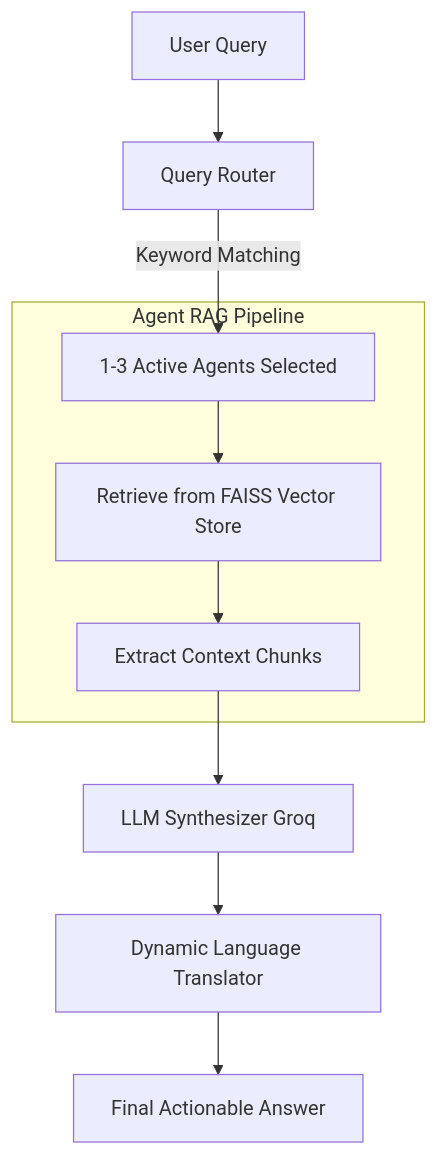
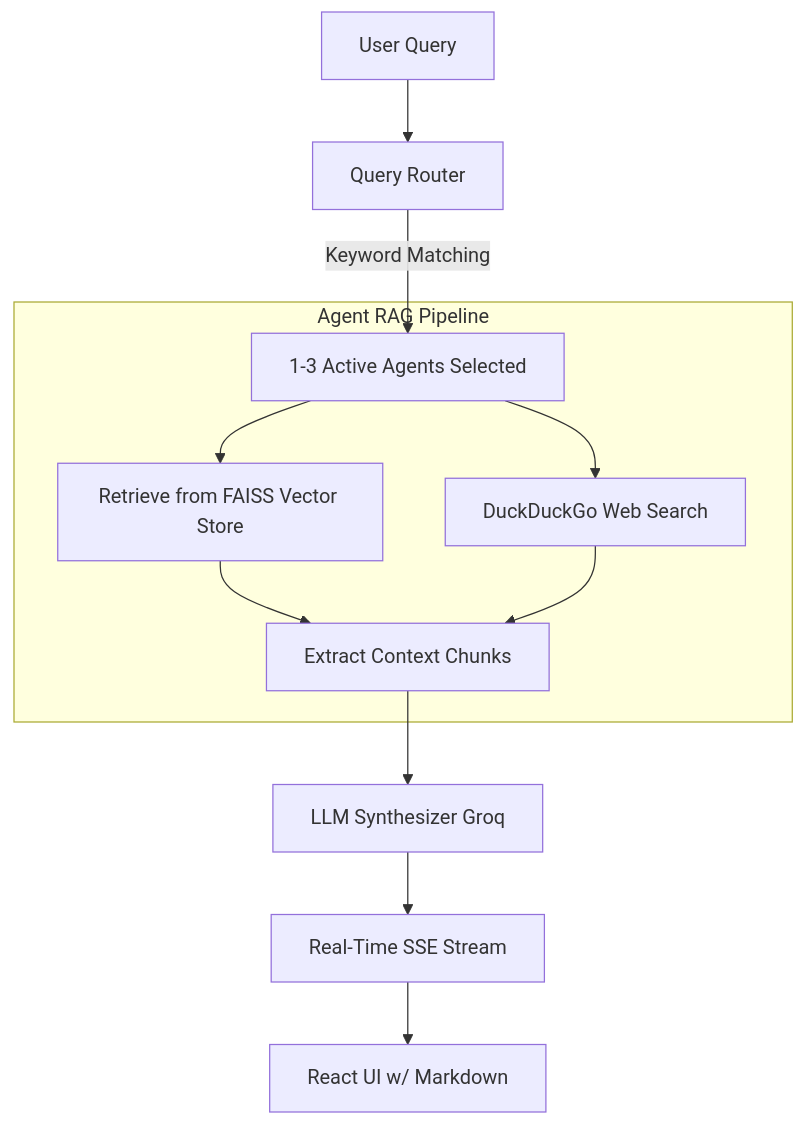
Before and after one commit to Rishik-sai/agrimitraai: the diagram in README.md, drawn with Mermaid. The commit also changed other lines of this file and 15 other files, not shown here.

Commit message:
feat: upgrade to multi-page UI, CRAG with DuckDuckGo, and SSE streaming

````diff
--- a/README.md
+++ b/README.md
@@ -35,14 +43,16 @@
 ```mermaid
 graph TD
     A[User Query] --> B[Query Router]
     B -->|Keyword Matching| C[1-3 Active Agents Selected]
     
     subgraph Agent RAG Pipeline
       C --> D[Retrieve from FAISS Vector Store]
+      C --> W[DuckDuckGo Web Search]
       D --> E[Extract Context Chunks]
+      W --> E
     end
     
     E --> F[LLM Synthesizer Groq]
-    F --> G[Dynamic Language Translator]
-    G --> H[Final Actionable Answer]
+    F --> G[Real-Time SSE Stream]
+    G --> H[React UI w/ Markdown]
 ```
````
